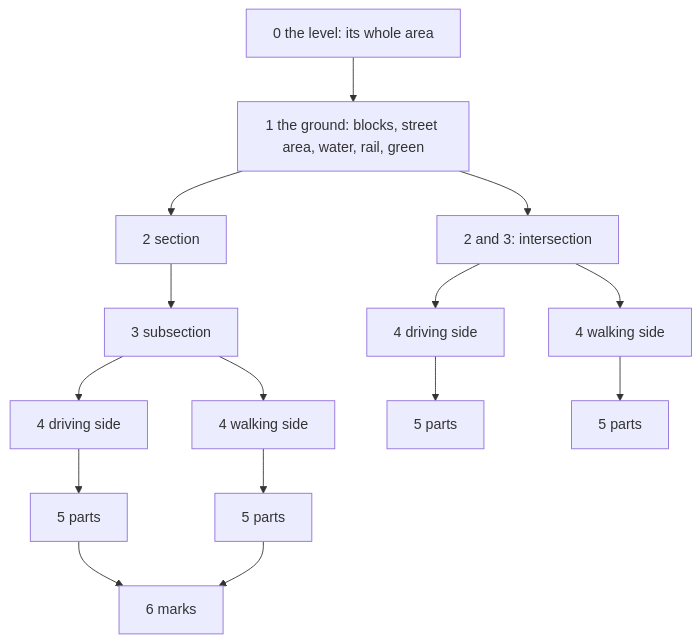
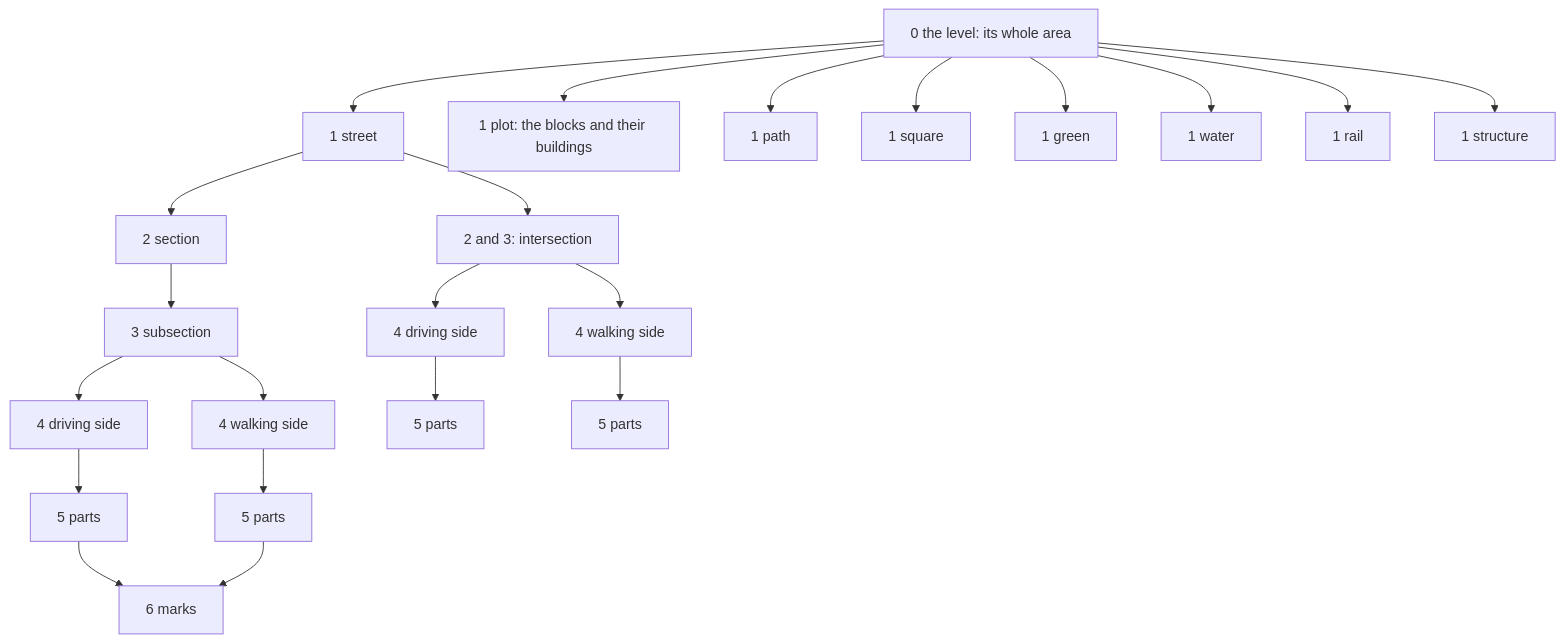
The first of 3 diagrams in docs/design/steps.md (Khoshkhah/urbanstyle), drawn with Mermaid before and after one commit. The commit also changed other lines of this file, not shown here.

Commit message:
docs/design/steps.md: rank 1 shows every kind of the ground; only the street kind goes on to rank 2

````diff
--- a/docs/design/steps.md
+++ b/docs/design/steps.md
@@ -24,17 +24,24 @@
 ```mermaid
 flowchart TD
-    L0[0 the level: its whole area] --> G1[1 the ground: blocks, street area, water, rail, green]
-    G1 --> SE[2 section]
+    L0[0 the level: its whole area] --> K1[1 street]
+    L0 --> K2[1 plot: the blocks and their buildings]
+    L0 --> K3[1 path]
+    L0 --> K4[1 square]
+    L0 --> K5[1 green]
+    L0 --> K6[1 water]
+    L0 --> K7[1 rail]
+    L0 --> K8[1 structure]
+    K1 --> SE[2 section]
     SE --> SU[3 subsection]
-    G1 --> IN[2 and 3: intersection]
+    K1 --> IN[2 and 3: intersection]
     SU --> D1[4 driving side]
     SU --> W1[4 walking side]
     IN --> D2[4 driving side]
     IN --> W2[4 walking side]
     D1 --> P1[5 parts]
     W1 --> P2[5 parts]
     D2 --> P3[5 parts]
     W2 --> P4[5 parts]
     P1 --> M[6 marks]
     P2 --> M
 ```
````
